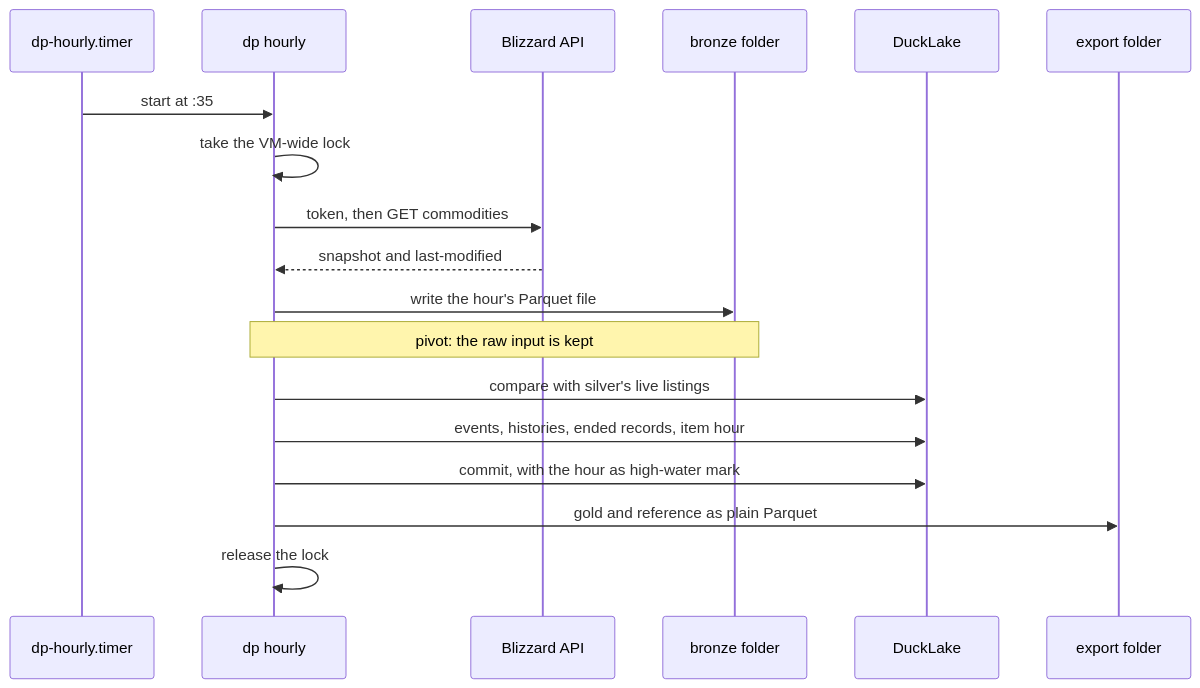
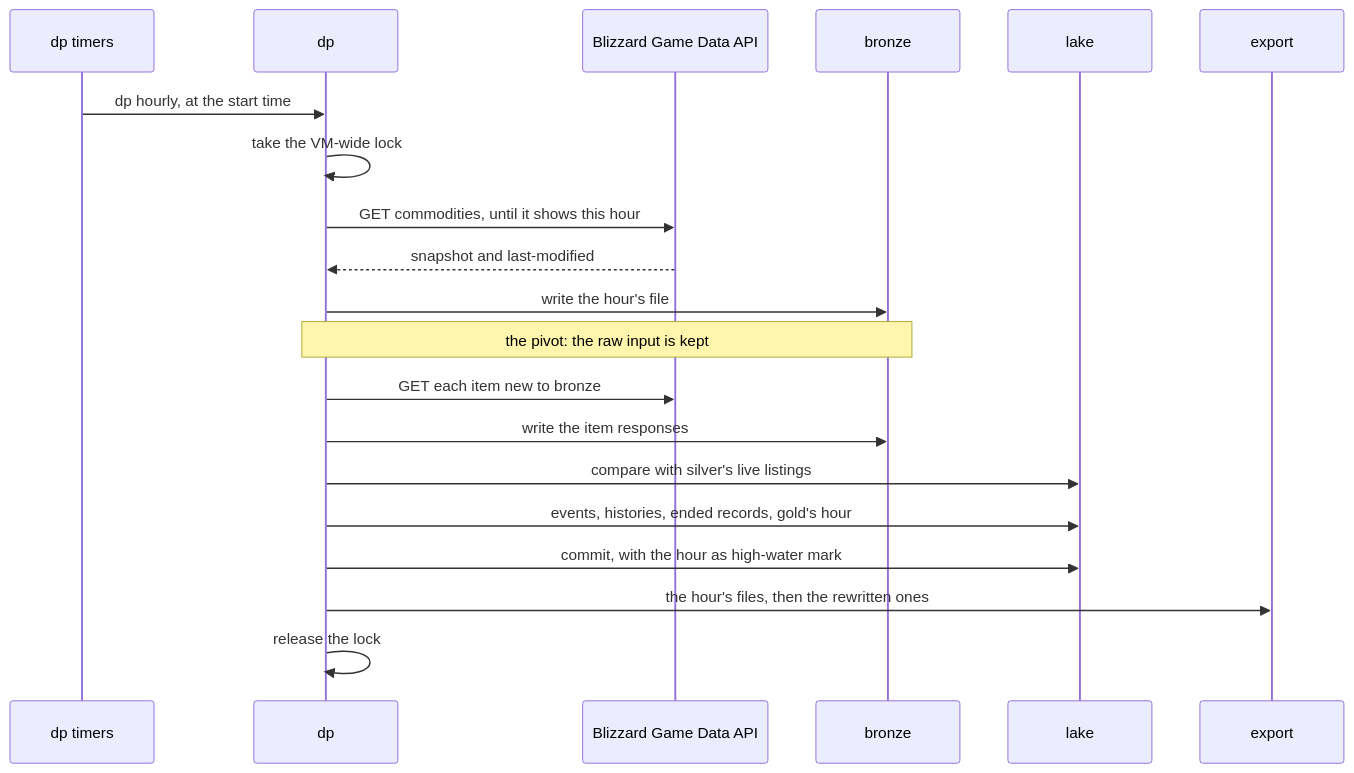
The second of 2 diagrams in docs/5.1.1-architecture.md (delphside/dark-portal), drawn with Mermaid before and after one commit. The commit also changed other lines of this file and 9 other files, not shown here.

````diff
--- a/docs/5.1.1-architecture.md
+++ b/docs/5.1.1-architecture.md
@@ -66,20 +73,22 @@
 ```mermaid
 sequenceDiagram
-    participant T as dp-hourly.timer
-    participant D as dp hourly
-    participant B as Blizzard API
-    participant F as bronze folder
-    participant L as DuckLake
-    participant E as export folder
-    T->>D: start at :35
+    participant T as dp timers
+    participant D as dp
+    participant B as Blizzard Game Data API
+    participant F as bronze
+    participant L as lake
+    participant E as export
+    T->>D: dp hourly, at the start time
     D->>D: take the VM-wide lock
-    D->>B: token, then GET commodities
+    D->>B: GET commodities, until it shows this hour
     B-->>D: snapshot and last-modified
-    D->>F: write the hour's Parquet file
-    Note over D,F: pivot: the raw input is kept
+    D->>F: write the hour's file
+    Note over D,F: the pivot: the raw input is kept
+    D->>B: GET each item new to bronze
+    D->>F: write the item responses
     D->>L: compare with silver's live listings
-    D->>L: events, histories, ended records, item hour
+    D->>L: events, histories, ended records, gold's hour
     D->>L: commit, with the hour as high-water mark
-    D->>E: gold and reference as plain Parquet
+    D->>E: the hour's files, then the rewritten ones
     D->>D: release the lock
 ```
````
